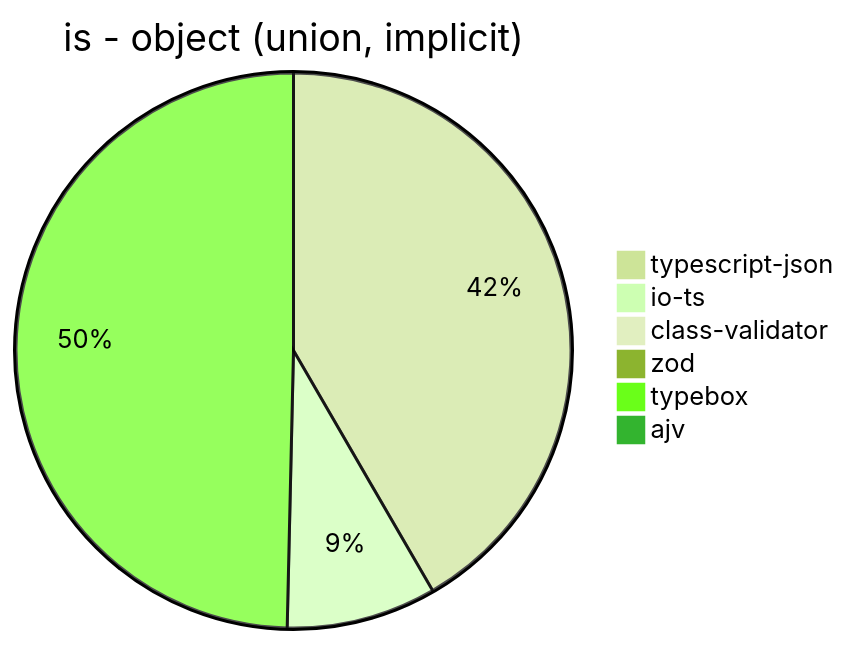
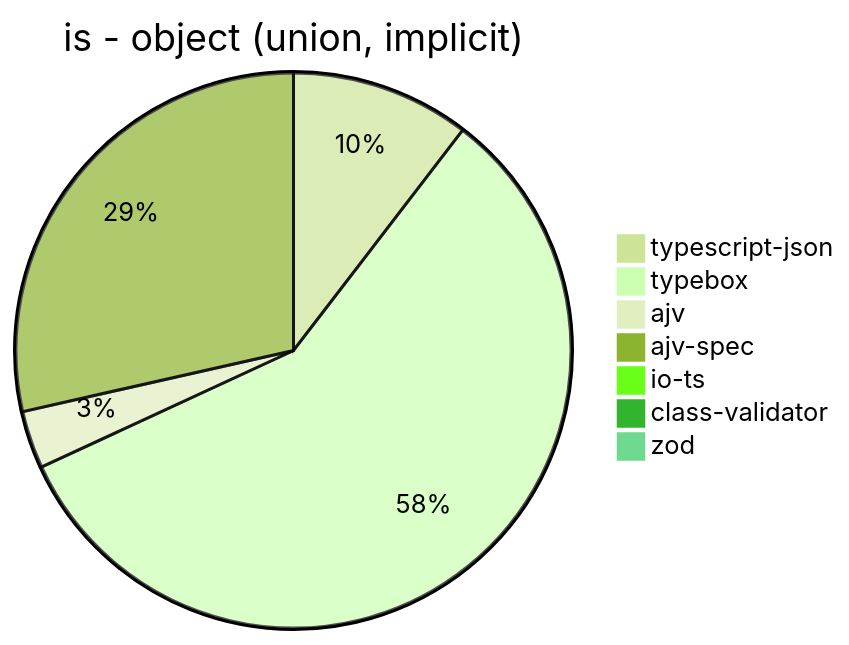
The fourth of 39 diagrams in benchmark/results/AMD Ryzen 7 3700X 8-Core Processor.md (samchon/typia), drawn with Mermaid (forest theme) before and after one commit. The commit also changed other lines of this file and 10 other files, not shown here.

Commit message:
Add ajv-spec benchmarks

````diff
--- a/benchmark/results/AMD Ryzen 7 3700X 8-Core Processor.md
+++ b/benchmark/results/AMD Ryzen 7 3700X 8-Core Processor.md
@@ -54,9 +57,10 @@
 ```mermaid
 pie title is - object (union, implicit)
-  "typescript-json": 11122.193595877807
-  "io-ts": 2329.3900184842882
-  "class-validator": 14.123768816205166
-  "zod": 42.660208643815196
-  "typebox": 13257.987513771575
-  "ajv": 0
+  "typescript-json": 10943.84410983171
+  "typebox": 60568.386863948035
+  "ajv": 3529.8507462686566
+  "ajv-spec": 29959.765910753475
+  "io-ts": 0
+  "class-validator": 13.325930038867297
+  "zod": 15.891032917139615
 ```
````
